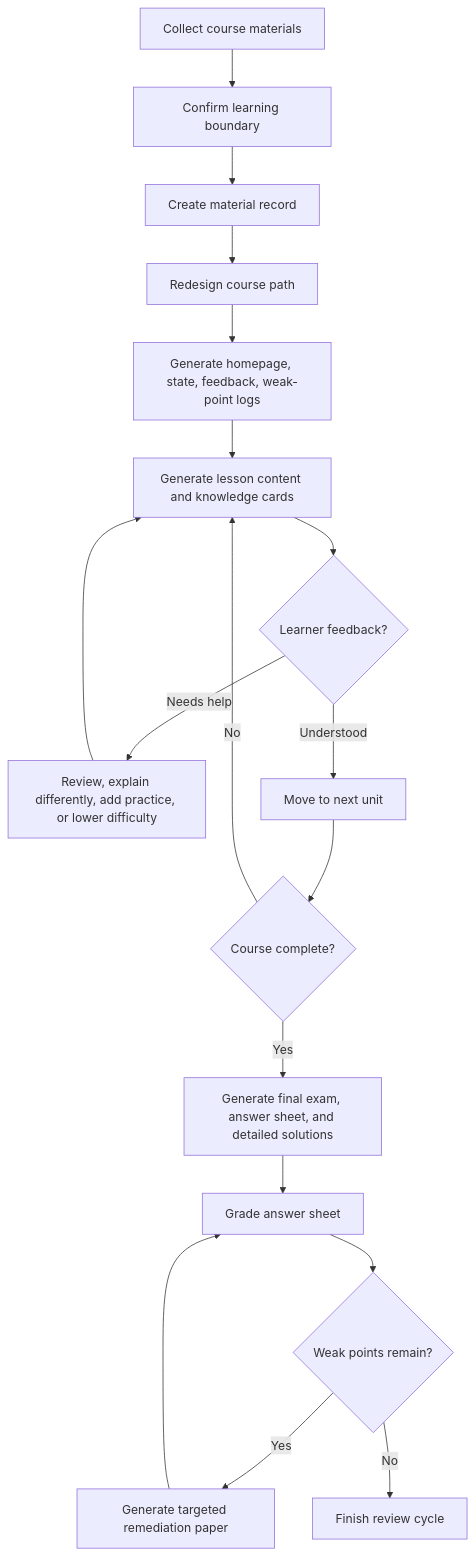
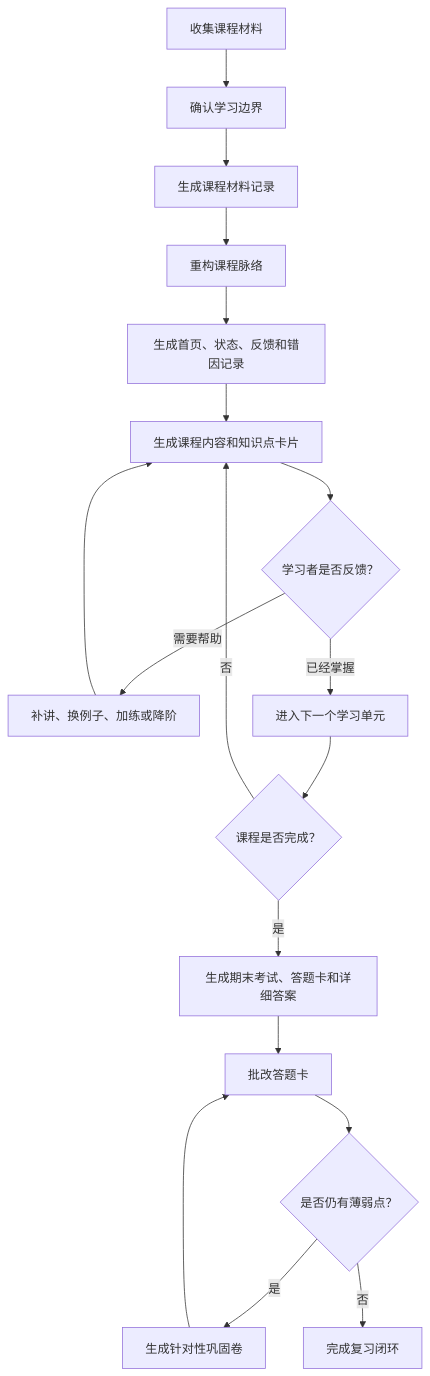
One commit to Liunian06/ko-lesson changed the diagram in README.md. Above: the diagram before and after it, drawn with Mermaid. The commit also changed other lines of this file, not shown here.

````diff
--- a/README.md
+++ b/README.md
@@ -197,20 +204,20 @@
 ```mermaid
 flowchart TD
-    A["Collect course materials"] --> B["Confirm learning boundary"]
-    B --> C["Create material record"]
-    C --> D["Redesign course path"]
-    D --> E["Generate homepage, state, feedback, weak-point logs"]
-    E --> F["Generate lesson content and knowledge cards"]
-    F --> G{"Learner feedback?"}
-    G -->|"Needs help"| H["Review, explain differently, add practice, or lower difficulty"]
-    G -->|"Understood"| I["Move to next unit"]
+    A["收集课程材料"] --> B["确认学习边界"]
+    B --> C["生成课程材料记录"]
+    C --> D["重构课程脉络"]
+    D --> E["生成首页、状态、反馈和错因记录"]
+    E --> F["生成课程内容和知识点卡片"]
+    F --> G{"学习者是否反馈？"}
+    G -->|"需要帮助"| H["补讲、换例子、加练或降阶"]
+    G -->|"已经掌握"| I["进入下一个学习单元"]
     H --> F
-    I --> J{"Course complete?"}
-    J -->|"No"| F
-    J -->|"Yes"| K["Generate final exam, answer sheet, and detailed solutions"]
-    K --> L["Grade answer sheet"]
-    L --> M{"Weak points remain?"}
-    M -->|"Yes"| N["Generate targeted remediation paper"]
+    I --> J{"课程是否完成？"}
+    J -->|"否"| F
+    J -->|"是"| K["生成期末考试、答题卡和详细答案"]
+    K --> L["批改答题卡"]
+    L --> M{"是否仍有薄弱点？"}
+    M -->|"是"| N["生成针对性巩固卷"]
     N --> L
-    M -->|"No"| O["Finish review cycle"]
+    M -->|"否"| O["完成复习闭环"]
 ```
````
